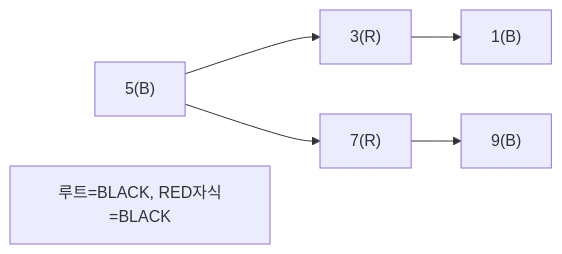
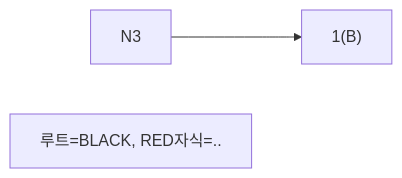
The ninth of 21 diagrams in _posts/java/2026-05-01-java-collections.md (yjkim2015/yjkim2015.github.io), drawn with Mermaid before and after one commit. The commit also changed other lines of this file and 149 other files, not shown here.

First line of the commit message:
Mermaid 가독성 개선: 라벨 축약, 노드 축소, TD→LR 변환

````diff
--- a/_posts/java/2026-05-01-java-collections.md
+++ b/_posts/java/2026-05-01-java-collections.md
@@ -343,8 +340,5 @@
 ```mermaid
 graph LR
-    N5["5(B)"] --> N3["3(R)"]
-    N5 --> N7["7(R)"]
     N3 --> N1["1(B)"]
-    N7 --> N9["9(B)"]
-    RULE["루트=BLACK, RED자식=BLACK"]
+    RULE["루트=BLACK, RED자식=.."]
 ```
````
